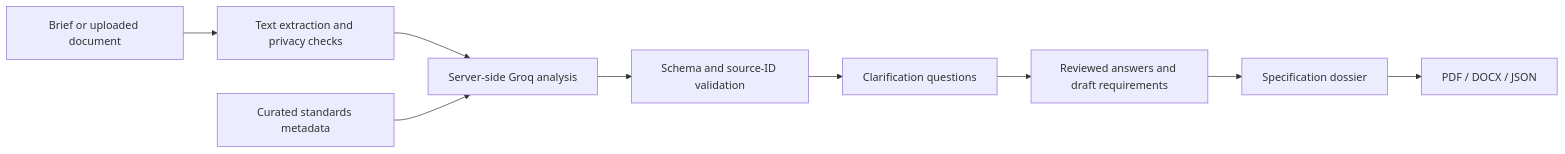
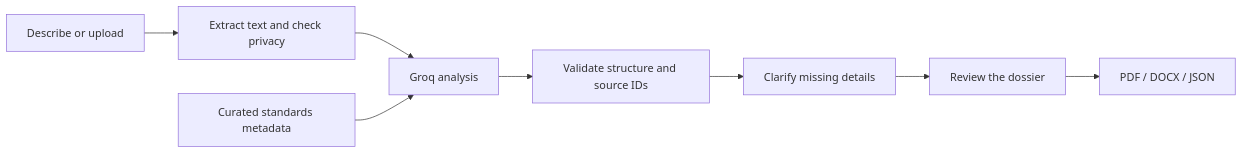
The diagram in README.md (TeamVincera/bharat-samvida), drawn with Mermaid before and after one commit. The commit also changed other lines of this file and 1 other file, not shown here.

````diff
--- a/README.md
+++ b/README.md
@@ -65,11 +75,10 @@
 ```mermaid
 flowchart LR
-    A[Brief or uploaded document] --> B[Text extraction and privacy checks]
-    B --> C[Server-side Groq analysis]
+    A[Describe or upload] --> B[Extract text and check privacy]
+    B --> C[Groq analysis]
     D[Curated standards metadata] --> C
-    C --> E[Schema and source-ID validation]
-    E --> F[Clarification questions]
-    F --> G[Reviewed answers and draft requirements]
-    G --> H[Specification dossier]
-    H --> I[PDF / DOCX / JSON]
+    C --> E[Validate structure and source IDs]
+    E --> F[Clarify missing details]
+    F --> G[Review the dossier]
+    G --> H[PDF / DOCX / JSON]
 ```
````
